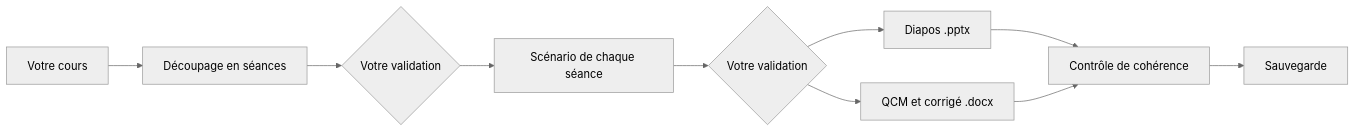
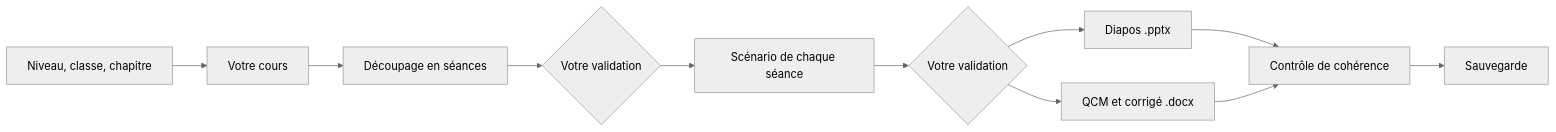
The diagram in README.md (d3Ita/prepa-cours), drawn with Mermaid (neutral theme) before and after one commit. The commit also changed other lines of this file and 67 other files, not shown here.

First line of the commit message:
Organiser les cours par niveau, classe et chapitre

````diff
--- a/README.md
+++ b/README.md
@@ -14,12 +32,13 @@
 ```mermaid
 flowchart LR
-    A[Votre cours] --> B[Découpage en séances]
+    Z[Niveau, classe, chapitre] --> A[Votre cours]
+    A --> B[Découpage en séances]
     B --> V1{Votre validation}
     V1 --> C[Scénario de chaque séance]
     C --> V2{Votre validation}
     V2 --> D[Diapos .pptx]
     V2 --> E[QCM et corrigé .docx]
     D --> F[Contrôle de cohérence]
     E --> F
     F --> G[Sauvegarde]
 ```
````
